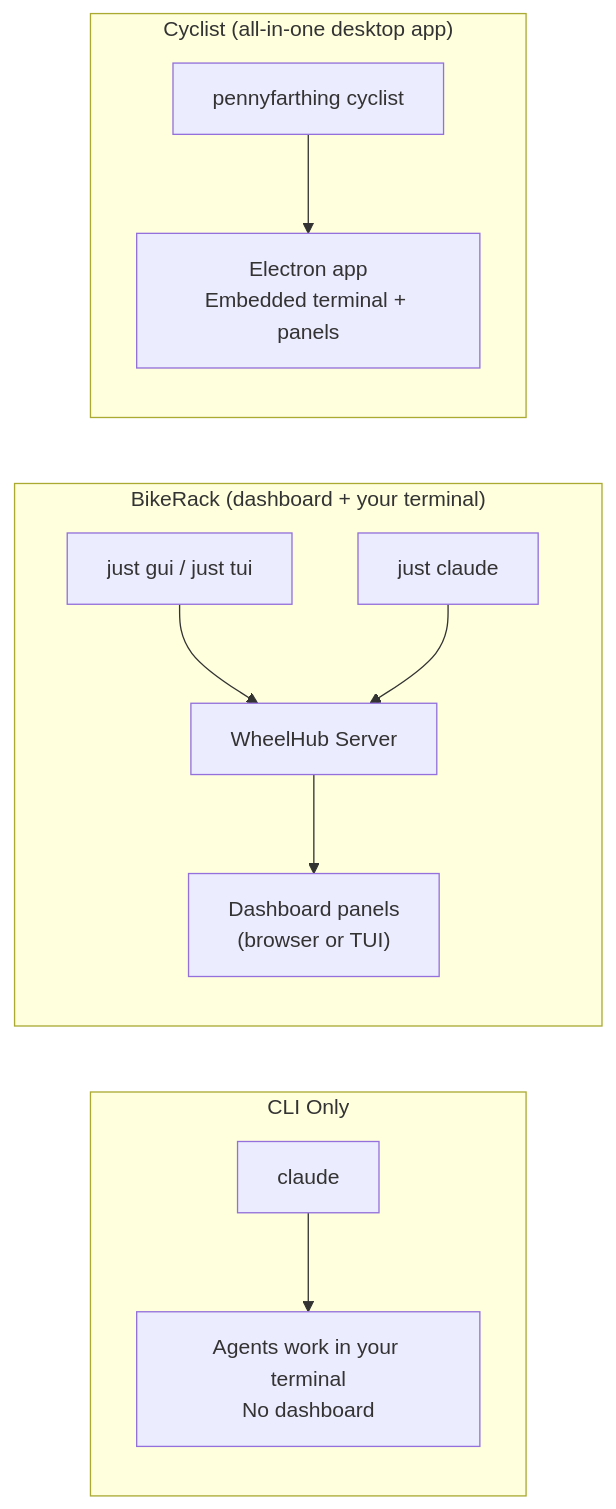
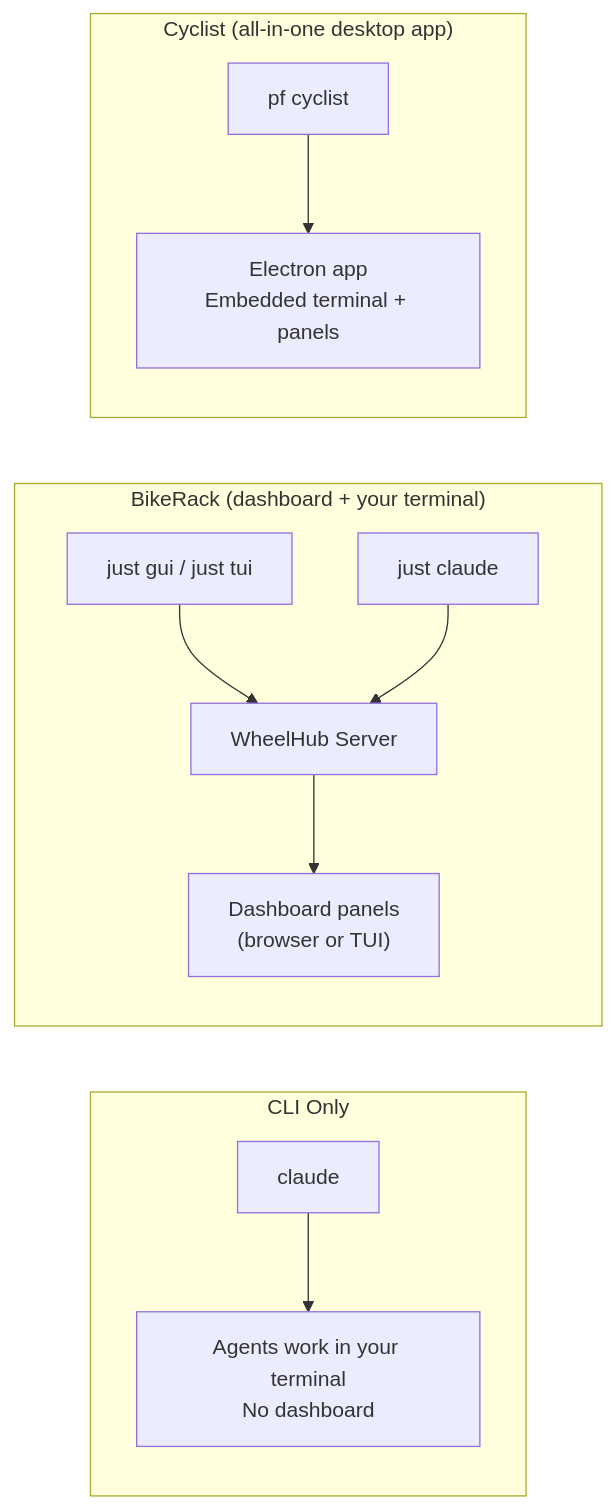
One commit to slabgorb/pennyfarthing changed the first of 2 diagrams in docs/USER-GUIDE.md. Above: the diagram before and after it, drawn with Mermaid. The commit also changed other lines of this file and 39 other files, not shown here.

````diff
--- a/docs/USER-GUIDE.md
+++ b/docs/USER-GUIDE.md
@@ -201,16 +201,16 @@
 ```mermaid
 graph LR
     subgraph "CLI Only"
         A["claude"] --> B["Agents work in your terminal<br/>No dashboard"]
     end
 
     subgraph "BikeRack (dashboard + your terminal)"
         C["just gui / just tui"] --> D["WheelHub Server"]
         E["just claude"] --> D
         D --> F["Dashboard panels<br/>(browser or TUI)"]
     end
 
     subgraph "Cyclist (all-in-one desktop app)"
-        G["pennyfarthing cyclist"] --> H["Electron app<br/>Embedded terminal + panels"]
+        G["pf cyclist"] --> H["Electron app<br/>Embedded terminal + panels"]
     end
 ```
````
